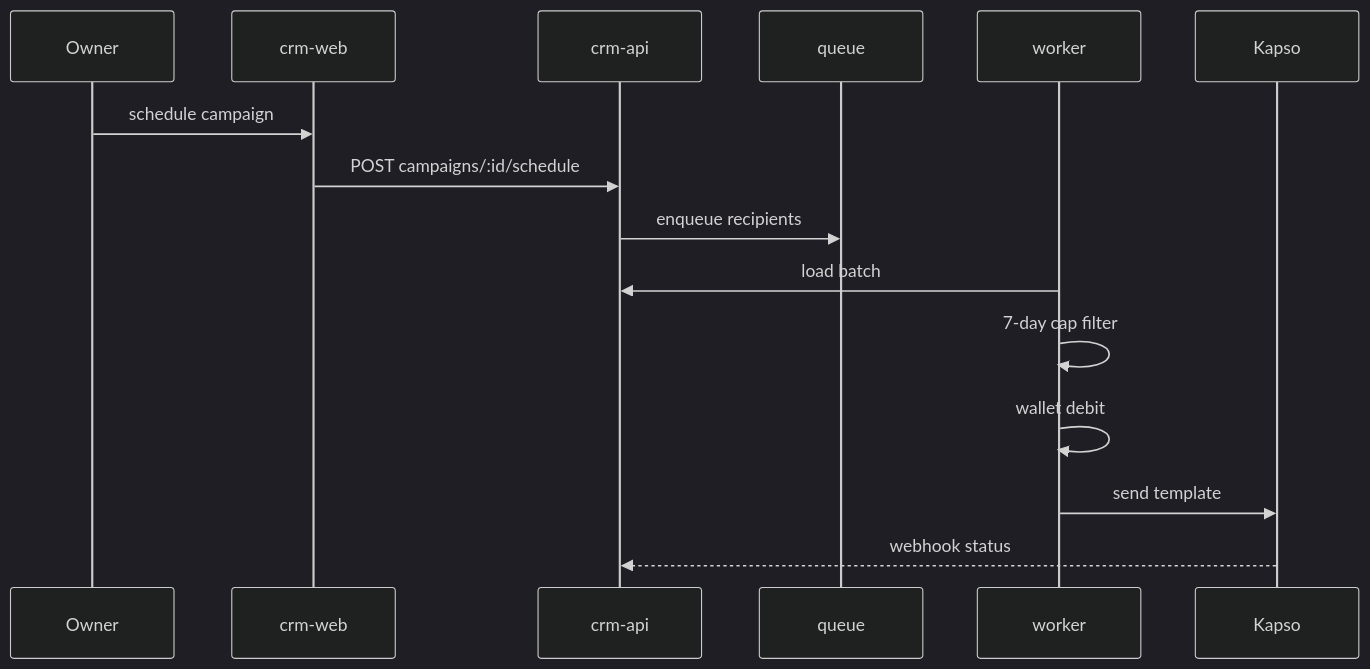
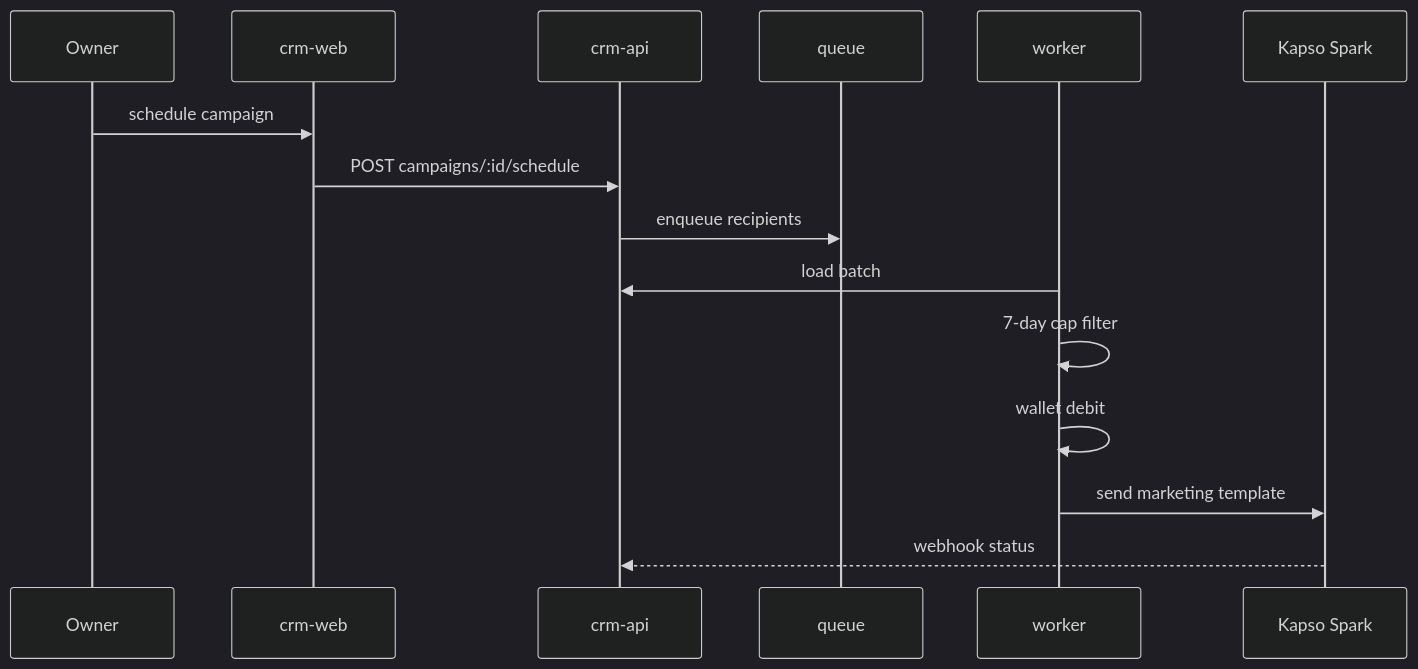
One commit to Shabrezadilabz/damigos changed the fourth of 5 diagrams in docs/architecture/FLOW-DIAGRAMS.md. Above: the diagram before and after it, drawn with Mermaid (dark theme). The commit also changed other lines of this file and 174 other files, not shown here.

````diff
--- a/docs/architecture/FLOW-DIAGRAMS.md
+++ b/docs/architecture/FLOW-DIAGRAMS.md
@@ -35,18 +78,18 @@
 ```mermaid
 sequenceDiagram
   participant O as Owner
   participant CW as crm-web
   participant API as crm-api
   participant Q as queue
   participant W as worker
-  participant K as Kapso
+  participant Spark as Kapso Spark
 
   O->>CW: schedule campaign
   CW->>API: POST campaigns/:id/schedule
   API->>Q: enqueue recipients
   W->>API: load batch
   W->>W: 7-day cap filter
   W->>W: wallet debit
-  W->>K: send template
-  K-->>API: webhook status
+  W->>Spark: send marketing template
+  Spark-->>API: webhook status
 ```
````
